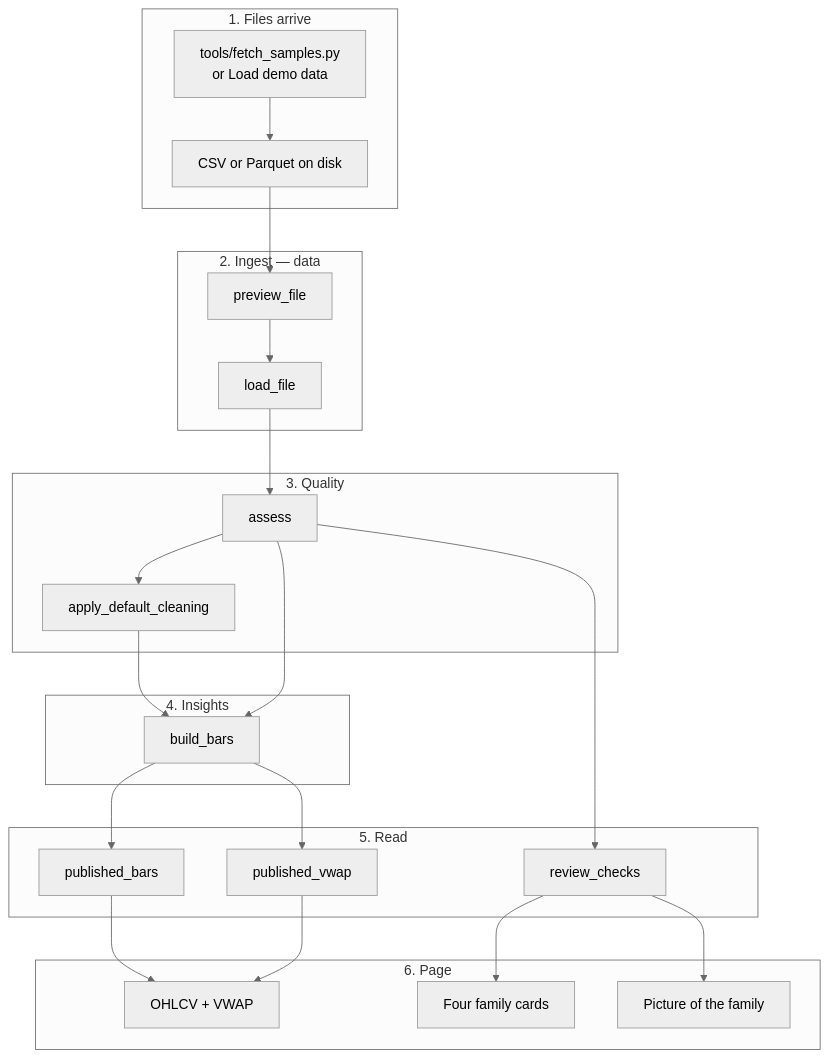
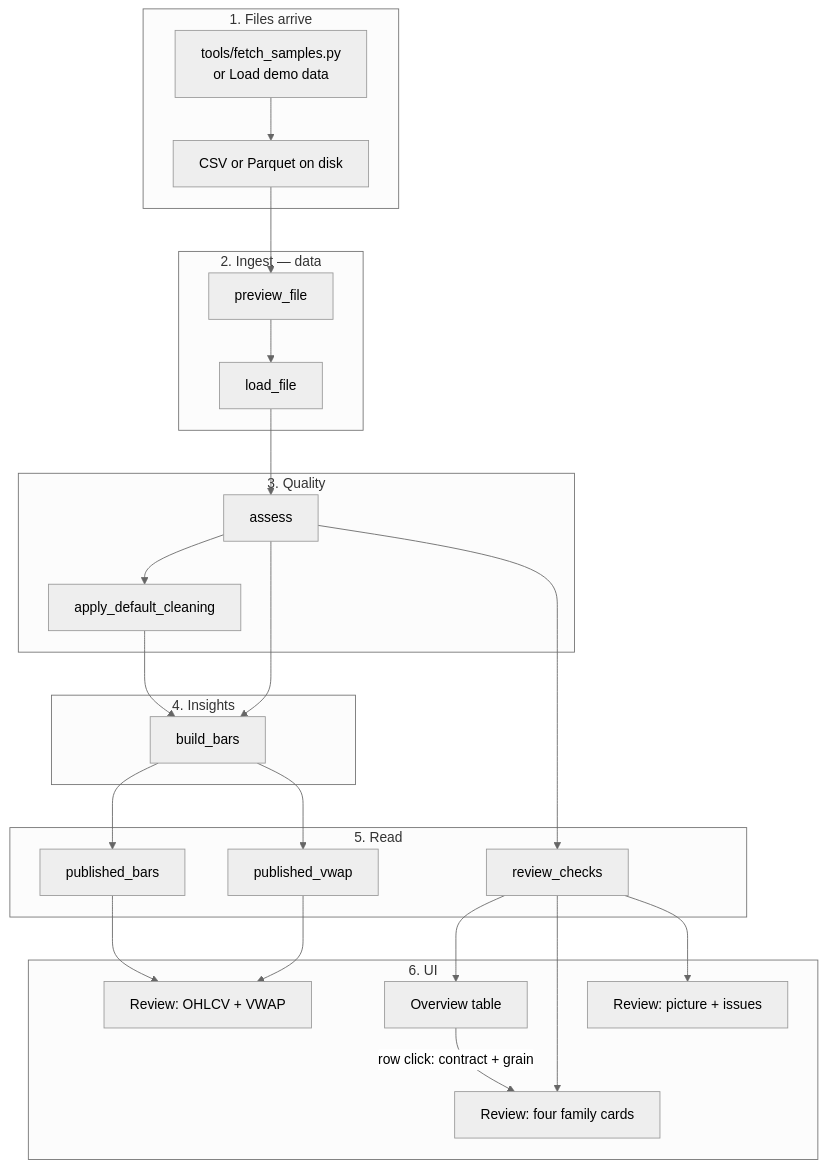
The fourth of 11 diagrams in docs/how-loupe-works.md (shu-y-codes/loupe), drawn with Mermaid (neutral theme) before and after one commit. The commit also changed other lines of this file and 8 other files, not shown here.

````diff
--- a/docs/how-loupe-works.md
+++ b/docs/how-loupe-works.md
@@ -173,41 +185,44 @@
 ```mermaid
 flowchart TB
   subgraph in [1. Files arrive]
     Fetch["tools/fetch_samples.py<br/>or Load demo data"]
     File[CSV or Parquet on disk]
   end
   subgraph ingest [2. Ingest — data]
     Preview["preview_file"]
     Load["load_file"]
   end
   subgraph quality [3. Quality]
     Assess["assess"]
     Clean["apply_default_cleaning"]
   end
   subgraph insights [4. Insights]
     Build["build_bars"]
   end
   subgraph read [5. Read]
     Checks["review_checks"]
     PubBars["published_bars"]
     PubVwap["published_vwap"]
   end
-  subgraph ui [6. Page]
-    Cards[Four family cards]
-    Charts[OHLCV + VWAP]
-    Picture[Picture of the family]
+  subgraph ui [6. UI]
+    Overview[Overview table]
+    Cards[Review: four family cards]
+    Charts[Review: OHLCV + VWAP]
+    Picture[Review: picture + issues]
   end
 
   Fetch --> File
   File --> Preview --> Load
   Load --> Assess --> Clean
   Assess --> Build
   Clean --> Build
   Assess --> Checks
   Build --> PubBars
   Build --> PubVwap
+  Checks --> Overview
   Checks --> Cards
   PubBars --> Charts
   PubVwap --> Charts
   Checks --> Picture
+  Overview -->|"row click: contract + grain"| Cards
 ```
````
